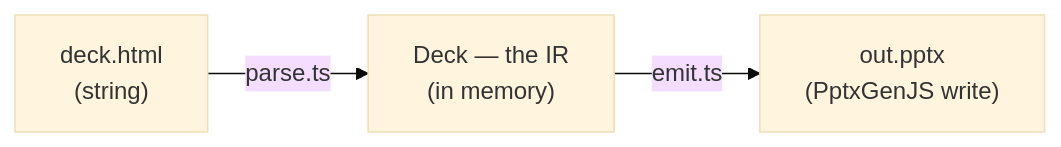
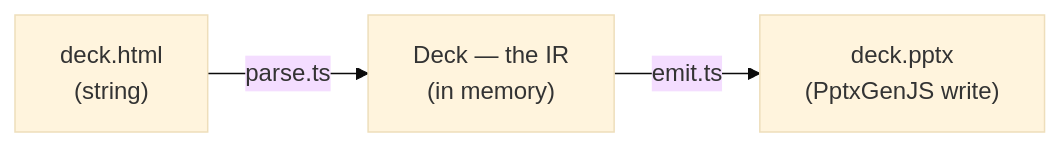
Before and after one commit to iteam1/deck-maker: the first of 2 diagrams in docs/design.md, drawn with Mermaid (base theme). The commit also changed other lines of this file and 1 other file, not shown here.

````diff
--- a/docs/design.md
+++ b/docs/design.md
@@ -25,5 +26,5 @@
 ```mermaid
 flowchart LR
     H["deck.html<br/>(string)"] -->|parse.ts| IR["Deck — the IR<br/>(in memory)"]
-    IR -->|emit.ts| O["out.pptx<br/>(PptxGenJS write)"]
+    IR -->|emit.ts| O["deck.pptx<br/>(PptxGenJS write)"]
 ```
````
